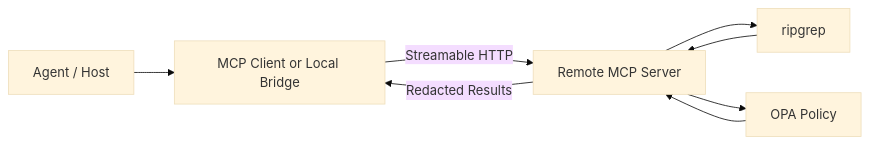
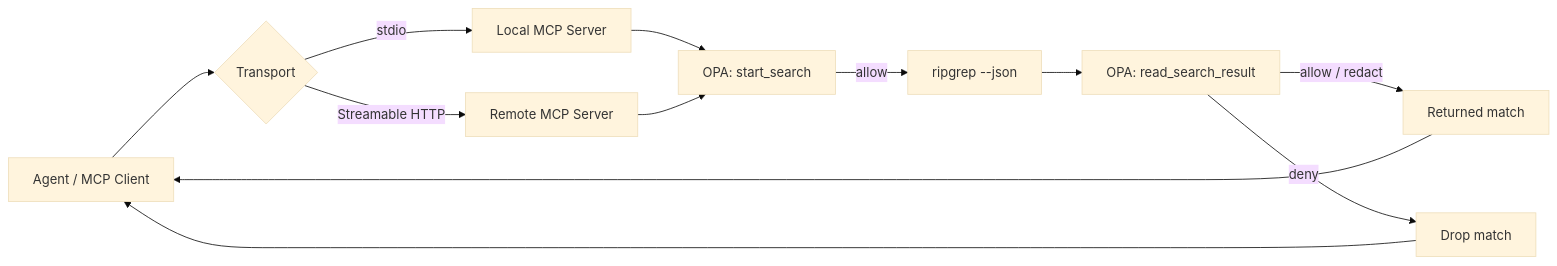
One commit to benpiper/ripgrep-mcp changed the diagram in README.md. Above: the diagram before and after it, drawn with Mermaid (base theme). The commit also changed other lines of this file, not shown here.

Commit message:
Clarify README mermaid diagram

````diff
--- a/README.md
+++ b/README.md
@@ -18,10 +18,14 @@
 ```mermaid
 flowchart LR
-  A[Agent / Host] --> B[MCP Client or Local Bridge]
-  B -->|Streamable HTTP| C[Remote MCP Server]
-  C --> D[ripgrep]
-  C --> E[OPA Policy]
-  D --> C
-  E --> C
-  C -->|Redacted Results| B
+  A[Agent / MCP Client] --> T{Transport}
+  T -->|stdio| L[Local MCP Server]
+  T -->|Streamable HTTP| R[Remote MCP Server]
+  L --> P1[OPA: start_search]
+  R --> P1
+  P1 -->|allow| G[ripgrep --json]
+  G --> P2[OPA: read_search_result]
+  P2 -->|allow / redact| O[Returned match]
+  P2 -->|deny| X[Drop match]
+  O --> A
+  X --> A
 ```
````
